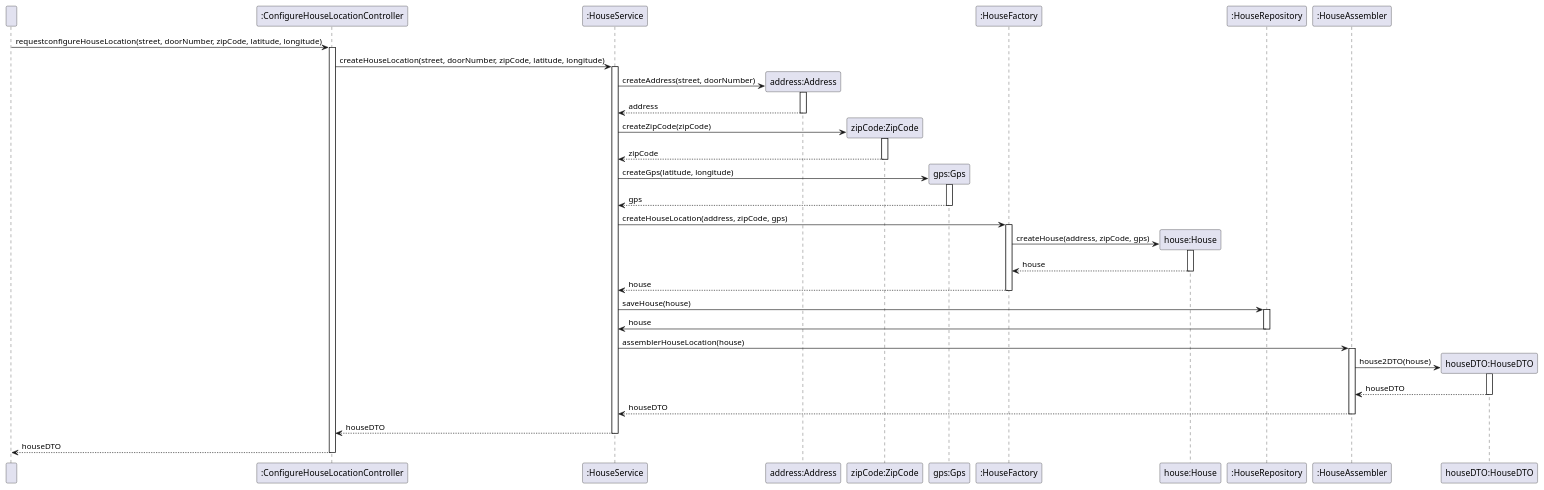
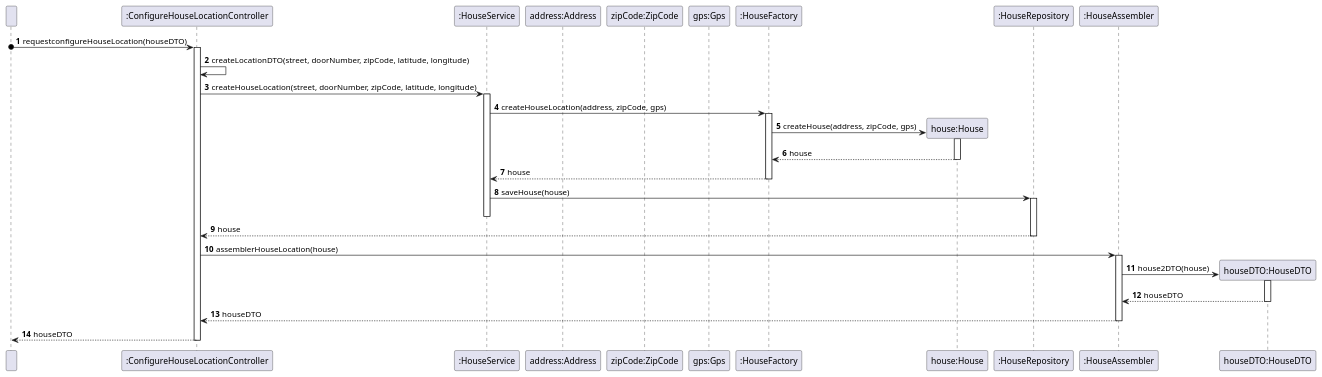
One commit to olivDiogo/SmartHome changed the diagram in docs/userStories/us01/artifacts/US01SD.puml. Above: the diagram before and after it, drawn with PlantUML. The commit also changed 1 other file, not shown here.

Commit message:
[UPDATE] Sequence Diagram and Class Diagram

```diff
--- a/docs/userStories/us01/artifacts/US01SD.puml
+++ b/docs/userStories/us01/artifacts/US01SD.puml
@@ -1,63 +1,50 @@
 @startuml
 
 participant " "
 participant ":ConfigureHouseLocationController" as ConfigureHouseLocationController
 participant ":HouseService" as Service
 participant "address:Address" as Address
 participant "zipCode:ZipCode" as ZipCode
 participant "gps:Gps" as Gps
 participant ":HouseFactory" as Factory
 participant "house:House" as House
 participant ":HouseRepository" as Repository
 participant ":HouseAssembler" as Assembler
 participant "houseDTO:HouseDTO" as DTO
 
 '----------------------------------------------------------
-
-" " -> ConfigureHouseLocationController : requestconfigureHouseLocation(street, doorNumber, zipCode, latitude, longitude)
+autonumber
+" " o-> ConfigureHouseLocationController : requestconfigureHouseLocation(houseDTO)
 activate ConfigureHouseLocationController
+ConfigureHouseLocationController -> ConfigureHouseLocationController : createLocationDTO(street, doorNumber, zipCode, latitude, longitude)
 ConfigureHouseLocationController -> Service : createHouseLocation(street, doorNumber, zipCode, latitude, longitude)
 activate Service
-create Address
-Service -> Address: createAddress(street, doorNumber)
-activate Address
-Address --> Service: address
-deactivate Address
-create ZipCode
-Service -> ZipCode: createZipCode(zipCode)
-activate ZipCode
-ZipCode --> Service: zipCode
-deactivate ZipCode
-create Gps
-Service -> Gps: createGps(latitude, longitude)
-activate Gps
-Gps --> Service: gps
-deactivate Gps
+
 Service -> Factory : createHouseLocation(address, zipCode, gps)
 activate Factory
 create House
 Factory -> House: createHouse(address, zipCode, gps)
 activate House
 House --> Factory: house
 deactivate House
 Factory --> Service: house
 deactivate Factory
 Service -> Repository : saveHouse(house)
 activate Repository
-Repository -> Service : house
+deactivate Service
+Repository --> ConfigureHouseLocationController : house
 deactivate Repository
-Service -> Assembler : assemblerHouseLocation(house)
+ConfigureHouseLocationController -> Assembler : assemblerHouseLocation(house)
 activate Assembler
 create DTO
 Assembler -> DTO : house2DTO(house)
 activate DTO
 DTO --> Assembler : houseDTO
 deactivate DTO
-Assembler --> Service : houseDTO
+Assembler --> ConfigureHouseLocationController : houseDTO
 deactivate Assembler
-Service --> ConfigureHouseLocationController : houseDTO
-deactivate Service
+
 " " <-- ConfigureHouseLocationController : houseDTO
 deactivate ConfigureHouseLocationController
 
 @enduml
```
